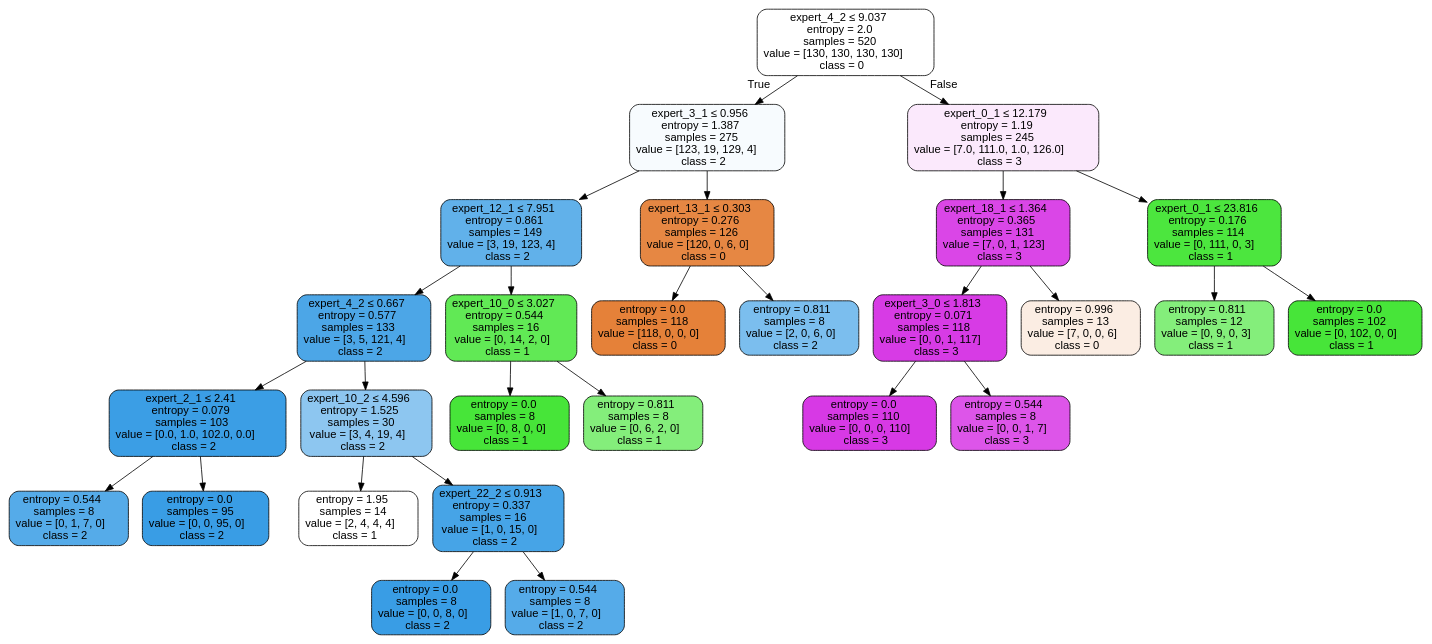
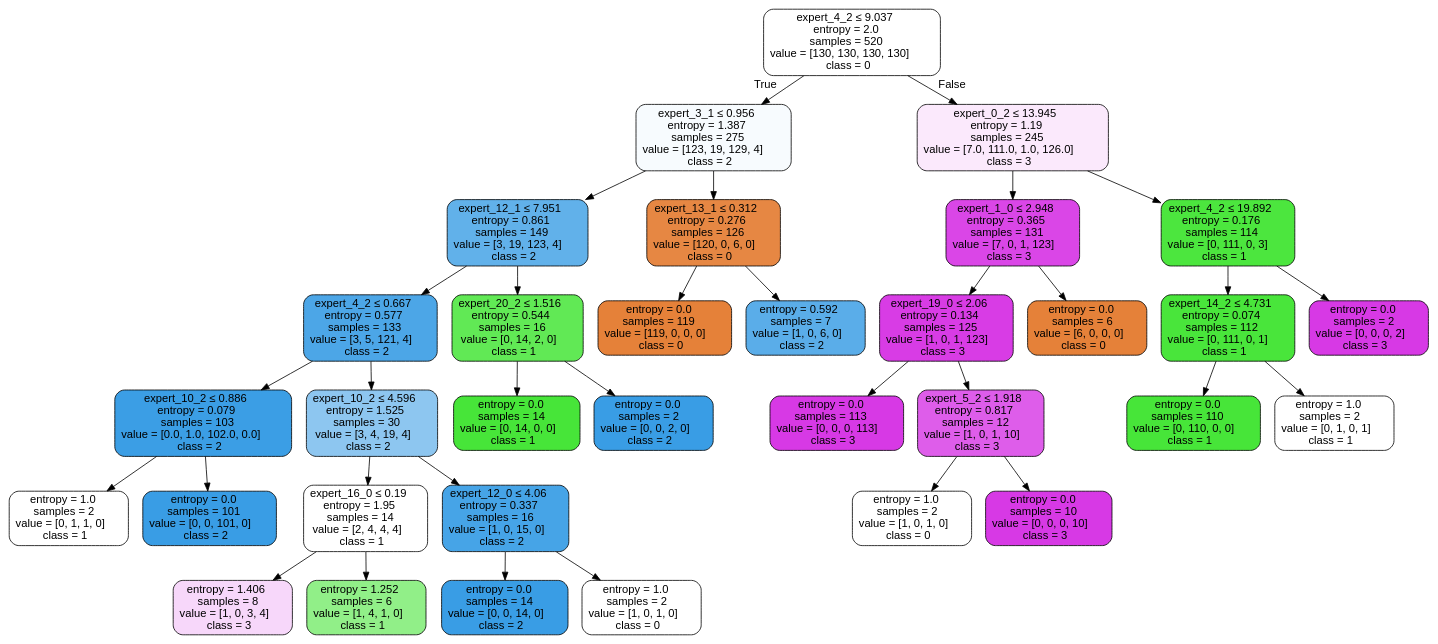
Before and after one commit to Lingfeng555/CardsRecognition: the diagram in result/suit/trees/tree.dot, drawn with Graphviz. The commit also changed 32 other files, not shown here.

```diff
--- a/result/suit/trees/tree.dot
+++ b/result/suit/trees/tree.dot
@@ -1,57 +1,69 @@
 digraph Tree {
 node [shape=box, style="filled, rounded", color="black", fontname="helvetica"] ;
 edge [fontname="helvetica"] ;
 0 [label=<expert_4_2 &le; 9.037<br/>entropy = 2.0<br/>samples = 520<br/>value = [130, 130, 130, 130]<br/>class = 0>, fillcolor="#ffffff"] ;
 1 [label=<expert_3_1 &le; 0.956<br/>entropy = 1.387<br/>samples = 275<br/>value = [123, 19, 129, 4]<br/>class = 2>, fillcolor="#f7fbfe"] ;
 0 -> 1 [labeldistance=2.5, labelangle=45, headlabel="True"] ;
 2 [label=<expert_12_1 &le; 7.951<br/>entropy = 0.861<br/>samples = 149<br/>value = [3, 19, 123, 4]<br/>class = 2>, fillcolor="#61b1ea"] ;
 1 -> 2 ;
 3 [label=<expert_4_2 &le; 0.667<br/>entropy = 0.577<br/>samples = 133<br/>value = [3, 5, 121, 4]<br/>class = 2>, fillcolor="#4ca6e7"] ;
 2 -> 3 ;
-4 [label=<expert_2_1 &le; 2.41<br/>entropy = 0.079<br/>samples = 103<br/>value = [0.0, 1.0, 102.0, 0.0]<br/>class = 2>, fillcolor="#3b9ee5"] ;
+4 [label=<expert_10_2 &le; 0.886<br/>entropy = 0.079<br/>samples = 103<br/>value = [0.0, 1.0, 102.0, 0.0]<br/>class = 2>, fillcolor="#3b9ee5"] ;
 3 -> 4 ;
-5 [label=<entropy = 0.544<br/>samples = 8<br/>value = [0, 1, 7, 0]<br/>class = 2>, fillcolor="#55abe9"] ;
+5 [label=<entropy = 1.0<br/>samples = 2<br/>value = [0, 1, 1, 0]<br/>class = 1>, fillcolor="#ffffff"] ;
 4 -> 5 ;
-6 [label=<entropy = 0.0<br/>samples = 95<br/>value = [0, 0, 95, 0]<br/>class = 2>, fillcolor="#399de5"] ;
+6 [label=<entropy = 0.0<br/>samples = 101<br/>value = [0, 0, 101, 0]<br/>class = 2>, fillcolor="#399de5"] ;
 4 -> 6 ;
 7 [label=<expert_10_2 &le; 4.596<br/>entropy = 1.525<br/>samples = 30<br/>value = [3, 4, 19, 4]<br/>class = 2>, fillcolor="#8dc6f0"] ;
 3 -> 7 ;
-8 [label=<entropy = 1.95<br/>samples = 14<br/>value = [2, 4, 4, 4]<br/>class = 1>, fillcolor="#ffffff"] ;
+8 [label=<expert_16_0 &le; 0.19<br/>entropy = 1.95<br/>samples = 14<br/>value = [2, 4, 4, 4]<br/>class = 1>, fillcolor="#ffffff"] ;
 7 -> 8 ;
-9 [label=<expert_22_2 &le; 0.913<br/>entropy = 0.337<br/>samples = 16<br/>value = [1, 0, 15, 0]<br/>class = 2>, fillcolor="#46a4e7"] ;
-7 -> 9 ;
-10 [label=<entropy = 0.0<br/>samples = 8<br/>value = [0, 0, 8, 0]<br/>class = 2>, fillcolor="#399de5"] ;
-9 -> 10 ;
-11 [label=<entropy = 0.544<br/>samples = 8<br/>value = [1, 0, 7, 0]<br/>class = 2>, fillcolor="#55abe9"] ;
-9 -> 11 ;
-12 [label=<expert_10_0 &le; 3.027<br/>entropy = 0.544<br/>samples = 16<br/>value = [0, 14, 2, 0]<br/>class = 1>, fillcolor="#61e955"] ;
-2 -> 12 ;
-13 [label=<entropy = 0.0<br/>samples = 8<br/>value = [0, 8, 0, 0]<br/>class = 1>, fillcolor="#47e539"] ;
-12 -> 13 ;
-14 [label=<entropy = 0.811<br/>samples = 8<br/>value = [0, 6, 2, 0]<br/>class = 1>, fillcolor="#84ee7b"] ;
-12 -> 14 ;
-15 [label=<expert_13_1 &le; 0.303<br/>entropy = 0.276<br/>samples = 126<br/>value = [120, 0, 6, 0]<br/>class = 0>, fillcolor="#e68743"] ;
-1 -> 15 ;
-16 [label=<entropy = 0.0<br/>samples = 118<br/>value = [118, 0, 0, 0]<br/>class = 0>, fillcolor="#e58139"] ;
-15 -> 16 ;
-17 [label=<entropy = 0.811<br/>samples = 8<br/>value = [2, 0, 6, 0]<br/>class = 2>, fillcolor="#7bbeee"] ;
-15 -> 17 ;
-18 [label=<expert_0_1 &le; 12.179<br/>entropy = 1.19<br/>samples = 245<br/>value = [7.0, 111.0, 1.0, 126.0]<br/>class = 3>, fillcolor="#fbe9fc"] ;
-0 -> 18 [labeldistance=2.5, labelangle=-45, headlabel="False"] ;
-19 [label=<expert_18_1 &le; 1.364<br/>entropy = 0.365<br/>samples = 131<br/>value = [7, 0, 1, 123]<br/>class = 3>, fillcolor="#da46e7"] ;
-18 -> 19 ;
-20 [label=<expert_3_0 &le; 1.813<br/>entropy = 0.071<br/>samples = 118<br/>value = [0, 0, 1, 117]<br/>class = 3>, fillcolor="#d73be5"] ;
-19 -> 20 ;
-21 [label=<entropy = 0.0<br/>samples = 110<br/>value = [0, 0, 0, 110]<br/>class = 3>, fillcolor="#d739e5"] ;
+9 [label=<entropy = 1.406<br/>samples = 8<br/>value = [1, 0, 3, 4]<br/>class = 3>, fillcolor="#f7d7fa"] ;
+8 -> 9 ;
+10 [label=<entropy = 1.252<br/>samples = 6<br/>value = [1, 4, 1, 0]<br/>class = 1>, fillcolor="#91ef88"] ;
+8 -> 10 ;
+11 [label=<expert_12_0 &le; 4.06<br/>entropy = 0.337<br/>samples = 16<br/>value = [1, 0, 15, 0]<br/>class = 2>, fillcolor="#46a4e7"] ;
+7 -> 11 ;
+12 [label=<entropy = 0.0<br/>samples = 14<br/>value = [0, 0, 14, 0]<br/>class = 2>, fillcolor="#399de5"] ;
+11 -> 12 ;
+13 [label=<entropy = 1.0<br/>samples = 2<br/>value = [1, 0, 1, 0]<br/>class = 0>, fillcolor="#ffffff"] ;
+11 -> 13 ;
+14 [label=<expert_20_2 &le; 1.516<br/>entropy = 0.544<br/>samples = 16<br/>value = [0, 14, 2, 0]<br/>class = 1>, fillcolor="#61e955"] ;
+2 -> 14 ;
+15 [label=<entropy = 0.0<br/>samples = 14<br/>value = [0, 14, 0, 0]<br/>class = 1>, fillcolor="#47e539"] ;
+14 -> 15 ;
+16 [label=<entropy = 0.0<br/>samples = 2<br/>value = [0, 0, 2, 0]<br/>class = 2>, fillcolor="#399de5"] ;
+14 -> 16 ;
+17 [label=<expert_13_1 &le; 0.312<br/>entropy = 0.276<br/>samples = 126<br/>value = [120, 0, 6, 0]<br/>class = 0>, fillcolor="#e68743"] ;
+1 -> 17 ;
+18 [label=<entropy = 0.0<br/>samples = 119<br/>value = [119, 0, 0, 0]<br/>class = 0>, fillcolor="#e58139"] ;
+17 -> 18 ;
+19 [label=<entropy = 0.592<br/>samples = 7<br/>value = [1, 0, 6, 0]<br/>class = 2>, fillcolor="#5aade9"] ;
+17 -> 19 ;
+20 [label=<expert_0_2 &le; 13.945<br/>entropy = 1.19<br/>samples = 245<br/>value = [7.0, 111.0, 1.0, 126.0]<br/>class = 3>, fillcolor="#fbe9fc"] ;
+0 -> 20 [labeldistance=2.5, labelangle=-45, headlabel="False"] ;
+21 [label=<expert_1_0 &le; 2.948<br/>entropy = 0.365<br/>samples = 131<br/>value = [7, 0, 1, 123]<br/>class = 3>, fillcolor="#da46e7"] ;
 20 -> 21 ;
-22 [label=<entropy = 0.544<br/>samples = 8<br/>value = [0, 0, 1, 7]<br/>class = 3>, fillcolor="#dd55e9"] ;
-20 -> 22 ;
-23 [label=<entropy = 0.996<br/>samples = 13<br/>value = [7, 0, 0, 6]<br/>class = 0>, fillcolor="#fbede3"] ;
-19 -> 23 ;
-24 [label=<expert_0_1 &le; 23.816<br/>entropy = 0.176<br/>samples = 114<br/>value = [0, 111, 0, 3]<br/>class = 1>, fillcolor="#4ce63e"] ;
-18 -> 24 ;
-25 [label=<entropy = 0.811<br/>samples = 12<br/>value = [0, 9, 0, 3]<br/>class = 1>, fillcolor="#84ee7b"] ;
+22 [label=<expert_19_0 &le; 2.06<br/>entropy = 0.134<br/>samples = 125<br/>value = [1, 0, 1, 123]<br/>class = 3>, fillcolor="#d83ce5"] ;
+21 -> 22 ;
+23 [label=<entropy = 0.0<br/>samples = 113<br/>value = [0, 0, 0, 113]<br/>class = 3>, fillcolor="#d739e5"] ;
+22 -> 23 ;
+24 [label=<expert_5_2 &le; 1.918<br/>entropy = 0.817<br/>samples = 12<br/>value = [1, 0, 1, 10]<br/>class = 3>, fillcolor="#de5dea"] ;
+22 -> 24 ;
+25 [label=<entropy = 1.0<br/>samples = 2<br/>value = [1, 0, 1, 0]<br/>class = 0>, fillcolor="#ffffff"] ;
 24 -> 25 ;
-26 [label=<entropy = 0.0<br/>samples = 102<br/>value = [0, 102, 0, 0]<br/>class = 1>, fillcolor="#47e539"] ;
+26 [label=<entropy = 0.0<br/>samples = 10<br/>value = [0, 0, 0, 10]<br/>class = 3>, fillcolor="#d739e5"] ;
 24 -> 26 ;
+27 [label=<entropy = 0.0<br/>samples = 6<br/>value = [6, 0, 0, 0]<br/>class = 0>, fillcolor="#e58139"] ;
+21 -> 27 ;
+28 [label=<expert_4_2 &le; 19.892<br/>entropy = 0.176<br/>samples = 114<br/>value = [0, 111, 0, 3]<br/>class = 1>, fillcolor="#4ce63e"] ;
+20 -> 28 ;
+29 [label=<expert_14_2 &le; 4.731<br/>entropy = 0.074<br/>samples = 112<br/>value = [0, 111, 0, 1]<br/>class = 1>, fillcolor="#49e53b"] ;
+28 -> 29 ;
+30 [label=<entropy = 0.0<br/>samples = 110<br/>value = [0, 110, 0, 0]<br/>class = 1>, fillcolor="#47e539"] ;
+29 -> 30 ;
+31 [label=<entropy = 1.0<br/>samples = 2<br/>value = [0, 1, 0, 1]<br/>class = 1>, fillcolor="#ffffff"] ;
+29 -> 31 ;
+32 [label=<entropy = 0.0<br/>samples = 2<br/>value = [0, 0, 0, 2]<br/>class = 3>, fillcolor="#d739e5"] ;
+28 -> 32 ;
 }
```
